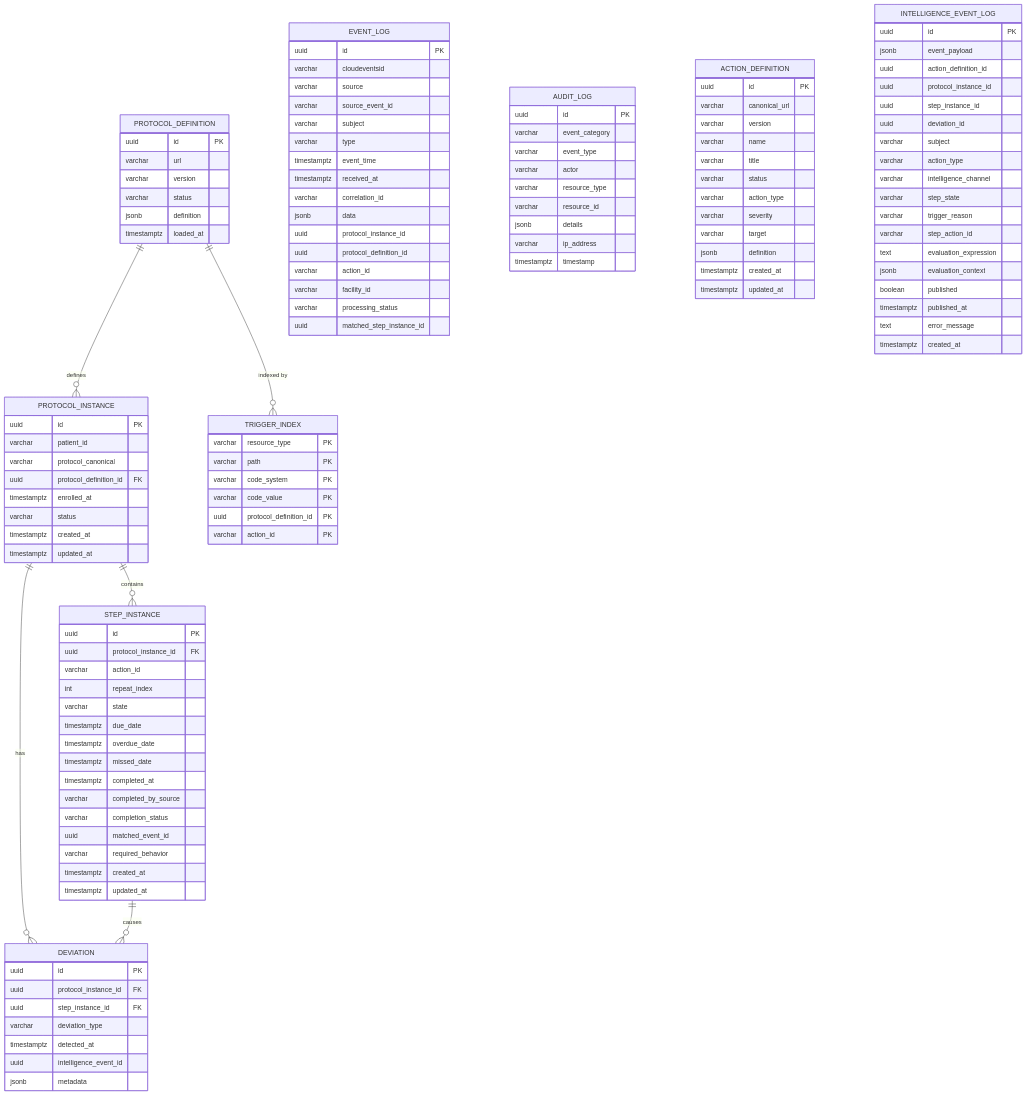
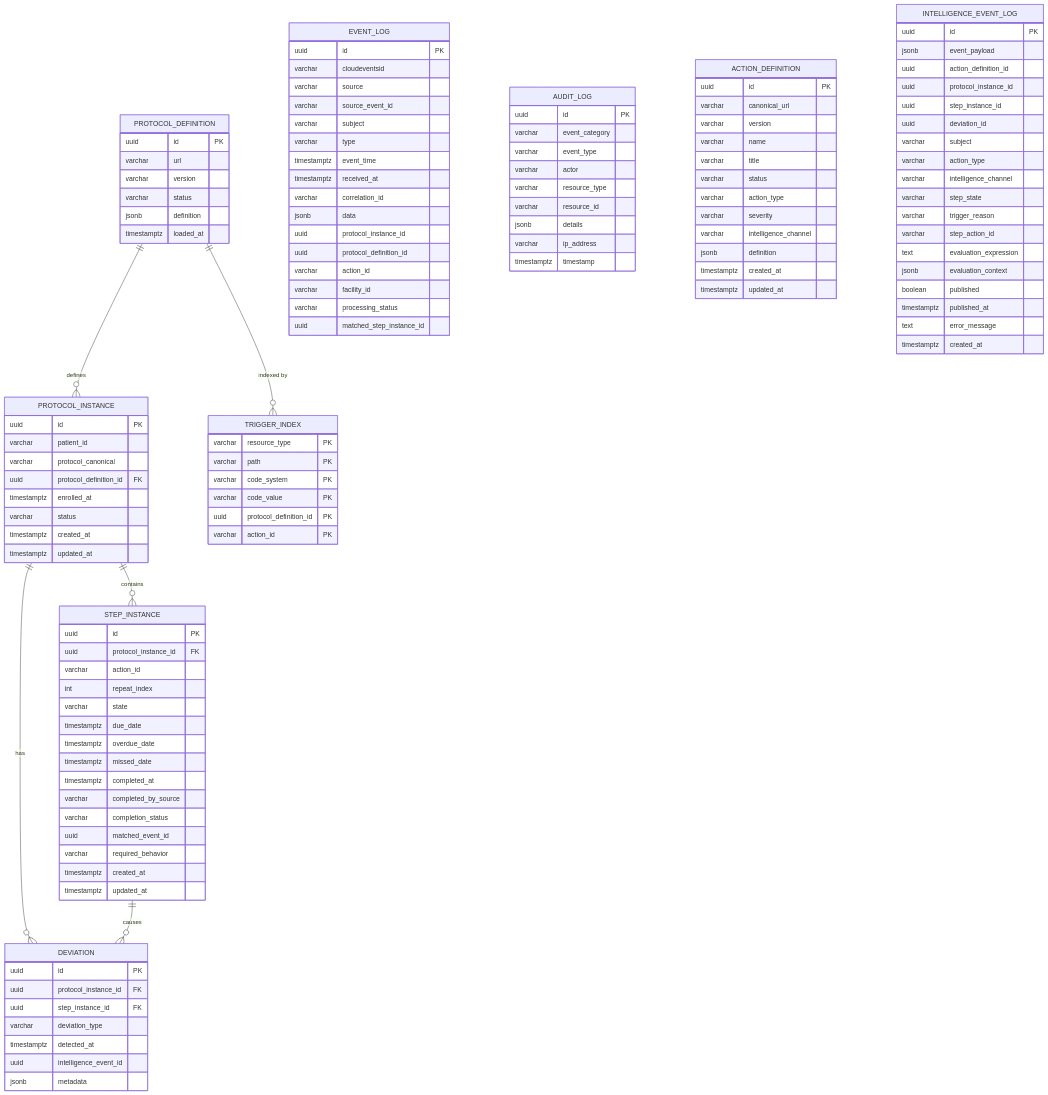
One commit to Jayaprakash8887/cce-compliance-service changed the diagram in docs/data-dictionary.md. Above: the diagram before and after it, drawn with Mermaid. The commit also changed other lines of this file and 8 other files, not shown here.

```diff
--- a/docs/data-dictionary.md
+++ b/docs/data-dictionary.md
@@ -132,7 +132,7 @@
         varchar status
         varchar action_type
         varchar severity
-        varchar target
+        varchar intelligence_channel
         jsonb definition
         timestamptz created_at
         timestamptz updated_at
```
